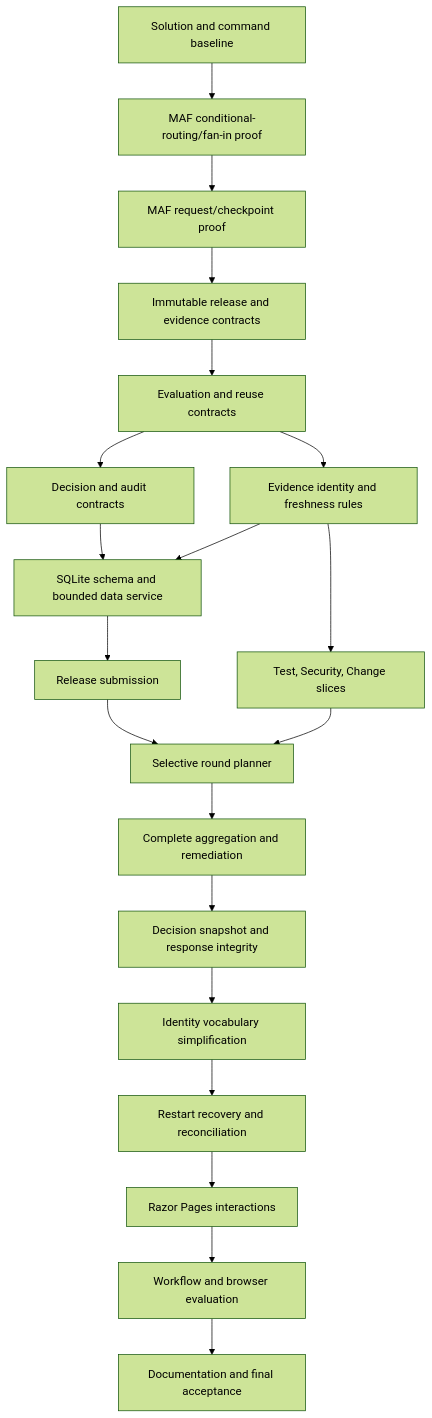
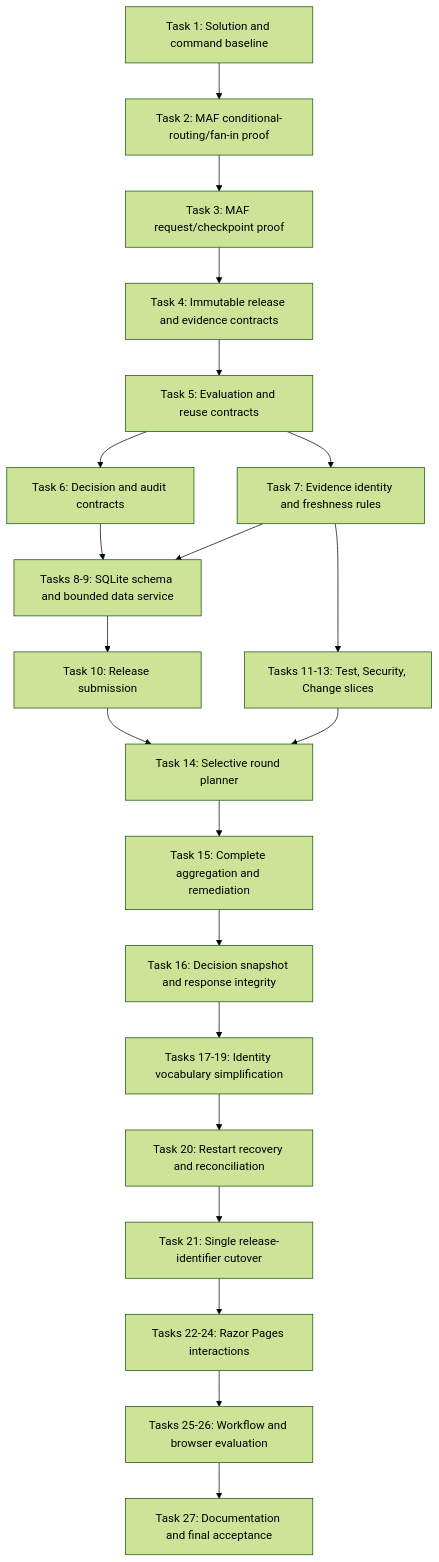
Before and after one commit to mariusz-kacz/release-readiness-coordinator: the diagram in tasks/plan.md, drawn with Mermaid (forest theme). The commit also changed other lines of this file and 59 other files, not shown here.

Commit message:
Add ReleaseWorkflowService bounding sql storage to workflow. Simplify domain by removing revision

````diff
--- a/tasks/plan.md
+++ b/tasks/plan.md
@@ -43,22 +44,23 @@
 ```mermaid
 flowchart TD
-    A[Solution and command baseline] --> B[MAF conditional-routing/fan-in proof]
-    B --> C[MAF request/checkpoint proof]
-    C --> D[Immutable release and evidence contracts]
-    D --> EV[Evaluation and reuse contracts]
-    EV --> DE[Decision and audit contracts]
-    EV --> FR[Evidence identity and freshness rules]
-    DE --> E[SQLite schema and bounded data service]
-    FR --> E
-    E --> F[Release submission]
-    FR --> G[Test, Security, Change slices]
-    F --> H[Selective round planner]
-    G --> H
-    H --> I[Complete aggregation and remediation]
-    I --> J[Decision snapshot and response integrity]
-    J --> ID[Identity vocabulary simplification]
-    ID --> K[Restart recovery and reconciliation]
-    K --> L[Razor Pages interactions]
-    L --> M[Workflow and browser evaluation]
-    M --> N[Documentation and final acceptance]
+    T1[Task 1: Solution and command baseline] --> T2[Task 2: MAF conditional-routing/fan-in proof]
+    T2 --> T3[Task 3: MAF request/checkpoint proof]
+    T3 --> T4[Task 4: Immutable release and evidence contracts]
+    T4 --> T5[Task 5: Evaluation and reuse contracts]
+    T5 --> T6[Task 6: Decision and audit contracts]
+    T5 --> T7[Task 7: Evidence identity and freshness rules]
+    T6 --> T8_9[Tasks 8-9: SQLite schema and bounded data service]
+    T7 --> T8_9
+    T8_9 --> T10[Task 10: Release submission]
+    T7 --> T11_13[Tasks 11-13: Test, Security, Change slices]
+    T10 --> T14[Task 14: Selective round planner]
+    T11_13 --> T14
+    T14 --> T15[Task 15: Complete aggregation and remediation]
+    T15 --> T16[Task 16: Decision snapshot and response integrity]
+    T16 --> T17_19[Tasks 17-19: Identity vocabulary simplification]
+    T17_19 --> T20[Task 20: Restart recovery and reconciliation]
+    T20 --> T21[Task 21: Single release-identifier cutover]
+    T21 --> T22_24[Tasks 22-24: Razor Pages interactions]
+    T22_24 --> T25_26[Tasks 25-26: Workflow and browser evaluation]
+    T25_26 --> T27[Task 27: Documentation and final acceptance]
 ```
````
